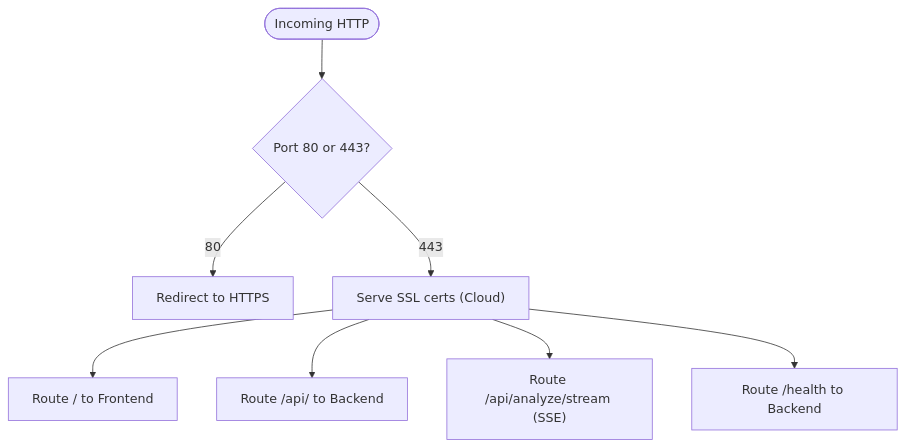
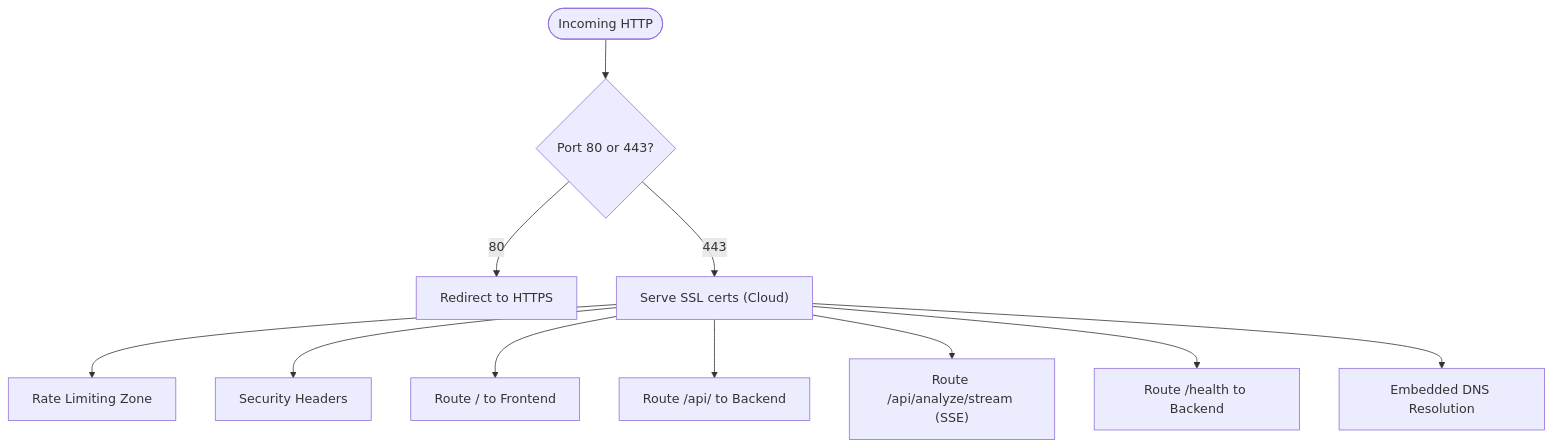
The fifth of 12 diagrams in .qoder/repowiki/en/content/Deployment & DevOps/Deployment & DevOps.md (Revanththetalogics/aireume), drawn with Mermaid before and after one commit. The commit also changed other lines of this file and 20 other files, not shown here.

````diff
--- a/.qoder/repowiki/en/content/Deployment & DevOps/Deployment & DevOps.md
+++ b/.qoder/repowiki/en/content/Deployment & DevOps/Deployment & DevOps.md
@@ -244,10 +277,13 @@
 ```mermaid
 flowchart TD
 Start(["Incoming HTTP"]) --> CheckPort{"Port 80 or 443?"}
 CheckPort --> |80| Redirect["Redirect to HTTPS"]
 CheckPort --> |443| SSL["Serve SSL certs (Cloud)"]
+SSL --> RateLimit["Rate Limiting Zone"]
+SSL --> SecurityHeaders["Security Headers"]
 SSL --> RouteFE["Route / to Frontend"]
 SSL --> RouteAPI["Route /api/ to Backend"]
 SSL --> Stream["Route /api/analyze/stream (SSE)"]
 SSL --> Health["Route /health to Backend"]
+SSL --> Resolver["Embedded DNS Resolution"]
 ```
````
